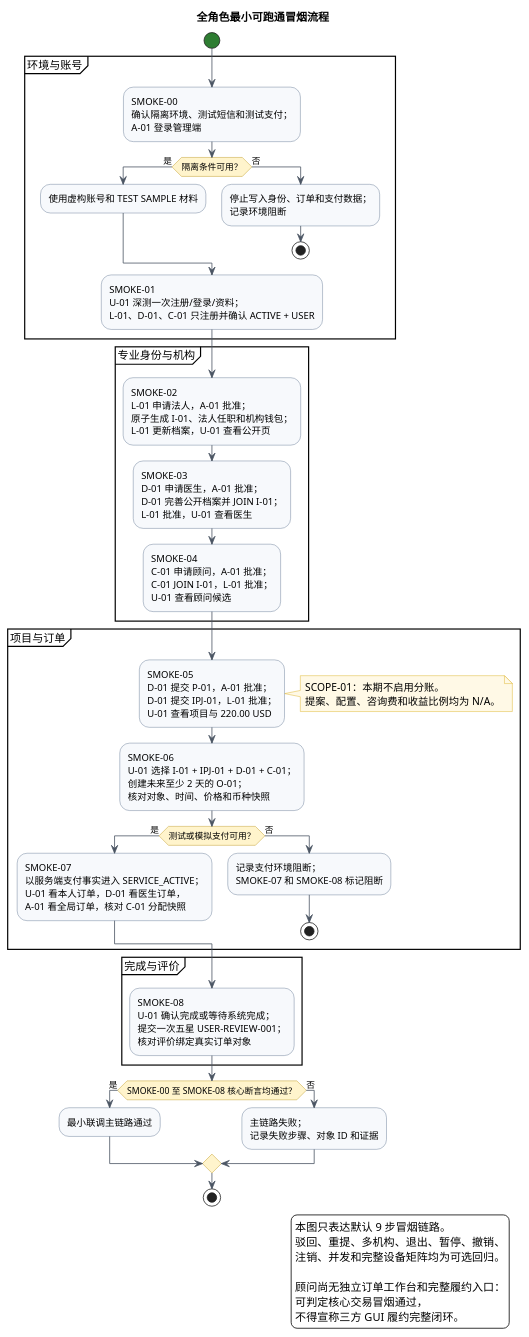
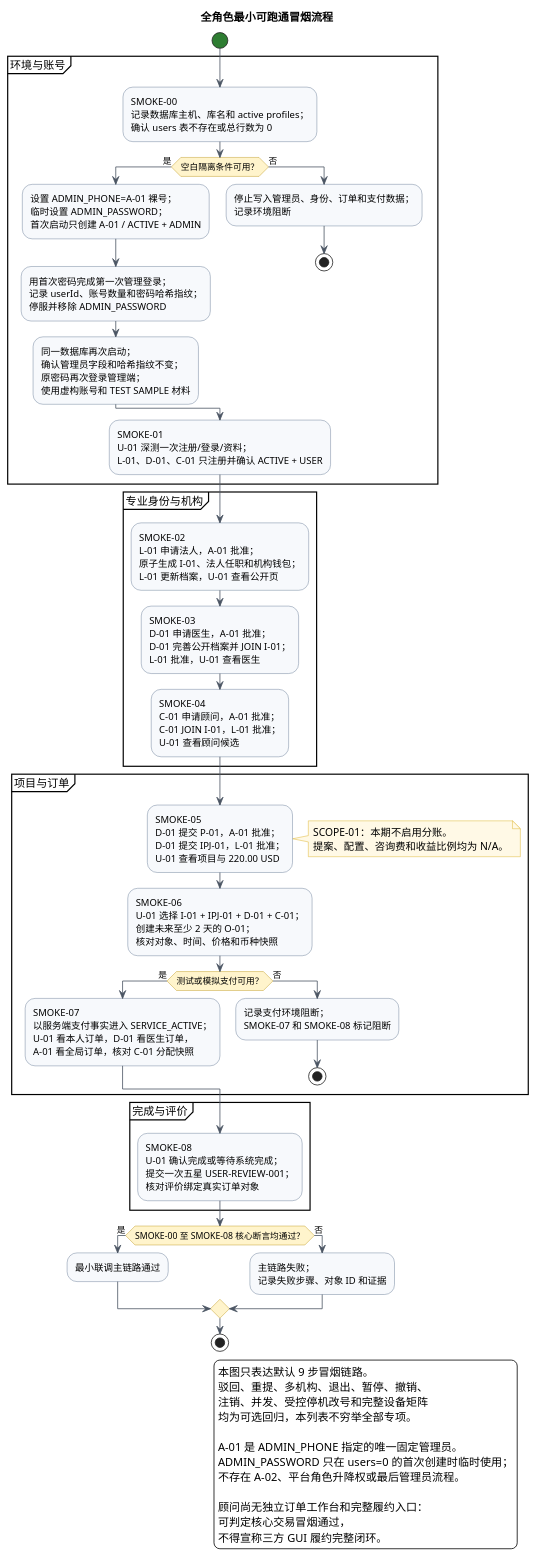
One commit to shimmail/joysong changed the diagram in design/FULL_ROLE_LIFECYCLE_TEST_FLOW.puml. Above: the diagram before and after it, drawn with PlantUML. The commit also changed 8 other files, not shown here.

Commit message:
docs: align fixed admin deployment and acceptance flow

```diff
--- a/design/FULL_ROLE_LIFECYCLE_TEST_FLOW.puml
+++ b/design/FULL_ROLE_LIFECYCLE_TEST_FLOW.puml
@@ -1,82 +1,89 @@
 @startuml
 title 全角色最小可跑通冒烟流程
 
 skinparam backgroundColor #FFFFFF
 skinparam shadowing false
 skinparam ArrowColor #4B5563
 skinparam activity {
   BackgroundColor #F7F9FC
   BorderColor #506784
   DiamondBackgroundColor #FFF4CC
   DiamondBorderColor #B68900
   StartColor #2E7D32
   EndColor #2E7D32
 }
 skinparam note {
   BackgroundColor #FFF9E6
   BorderColor #D6A400
 }
 
 start
 
 partition "环境与账号" {
-  :SMOKE-00\n确认隔离环境、测试短信和测试支付；\nA-01 登录管理端;
-  if (隔离条件可用？) then (是)
-    :使用虚构账号和 TEST SAMPLE 材料;
+  :SMOKE-00\n记录数据库主机、库名和 active profiles；\n确认 users 表不存在或总行数为 0;
+  if (空白隔离条件可用？) then (是)
+    :设置 ADMIN_PHONE=A-01 裸号；\n临时设置 ADMIN_PASSWORD；\n首次启动只创建 A-01 / ACTIVE + ADMIN;
+    :用首次密码完成第一次管理登录；\n记录 userId、账号数量和密码哈希指纹；\n停服并移除 ADMIN_PASSWORD;
+    :同一数据库再次启动；\n确认管理员字段和哈希指纹不变；\n原密码再次登录管理端；\n使用虚构账号和 TEST SAMPLE 材料;
   else (否)
-    :停止写入身份、订单和支付数据；\n记录环境阻断;
+    :停止写入管理员、身份、订单和支付数据；\n记录环境阻断;
     stop
   endif
 
   :SMOKE-01\nU-01 深测一次注册/登录/资料；\nL-01、D-01、C-01 只注册并确认 ACTIVE + USER;
 }
 
 partition "专业身份与机构" {
   :SMOKE-02\nL-01 申请法人，A-01 批准；\n原子生成 I-01、法人任职和机构钱包；\nL-01 更新档案，U-01 查看公开页;
 
   :SMOKE-03\nD-01 申请医生，A-01 批准；\nD-01 完善公开档案并 JOIN I-01；\nL-01 批准，U-01 查看医生;
 
   :SMOKE-04\nC-01 申请顾问，A-01 批准；\nC-01 JOIN I-01，L-01 批准；\nU-01 查看顾问候选;
 }
 
 partition "项目与订单" {
   :SMOKE-05\nD-01 提交 P-01，A-01 批准；\nD-01 提交 IPJ-01，L-01 批准；\nU-01 查看项目与 220.00 USD;
 
   note right
     SCOPE-01：本期不启用分账。
     提案、配置、咨询费和收益比例均为 N/A。
   end note
 
   :SMOKE-06\nU-01 选择 I-01 + IPJ-01 + D-01 + C-01；\n创建未来至少 2 天的 O-01；\n核对对象、时间、价格和币种快照;
 
   if (测试或模拟支付可用？) then (是)
     :SMOKE-07\n以服务端支付事实进入 SERVICE_ACTIVE；\nU-01 看本人订单，D-01 看医生订单，\nA-01 看全局订单，核对 C-01 分配快照;
   else (否)
     :记录支付环境阻断；\nSMOKE-07 和 SMOKE-08 标记阻断;
     stop
   endif
 }
 
 partition "完成与评价" {
   :SMOKE-08\nU-01 确认完成或等待系统完成；\n提交一次五星 USER-REVIEW-001；\n核对评价绑定真实订单对象;
 }
 
 if (SMOKE-00 至 SMOKE-08 核心断言均通过？) then (是)
   :最小联调主链路通过;
 else (否)
   :主链路失败；\n记录失败步骤、对象 ID 和证据;
 endif
 
 stop
 
 legend right
   本图只表达默认 9 步冒烟链路。
   驳回、重提、多机构、退出、暂停、撤销、
-  注销、并发和完整设备矩阵均为可选回归。
+  注销、并发、受控停机改号和完整设备矩阵
+  均为可选回归，本列表不穷举全部专项。
+
+  A-01 是 ADMIN_PHONE 指定的唯一固定管理员。
+  ADMIN_PASSWORD 只在 users=0 的首次创建时临时使用；
+  不存在 A-02、平台角色升降权或最后管理员流程。
 
   顾问尚无独立订单工作台和完整履约入口：
   可判定核心交易冒烟通过，
   不得宣称三方 GUI 履约完整闭环。
 endlegend
 
 @enduml
```
